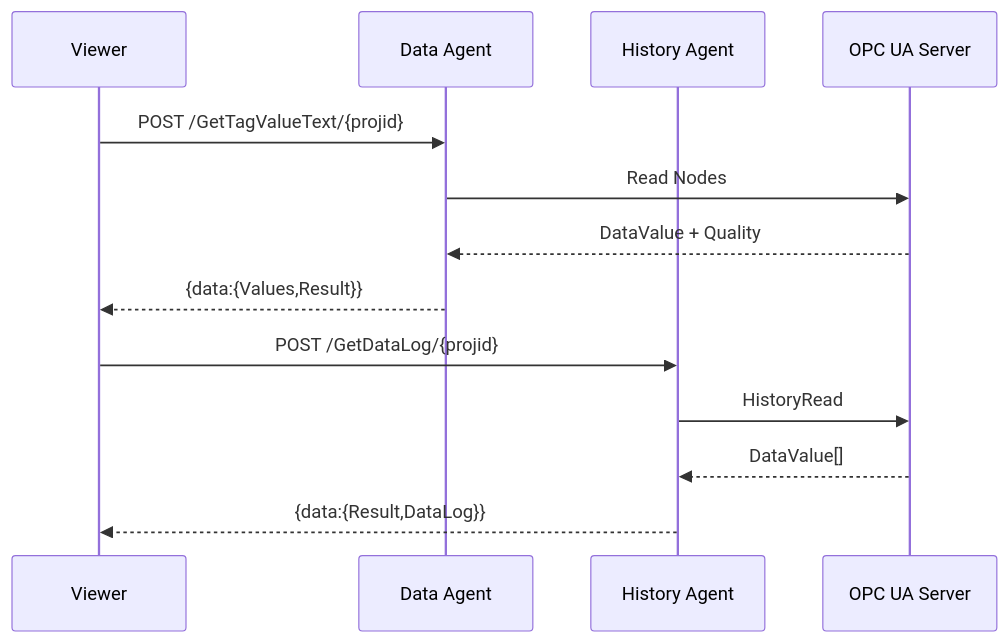
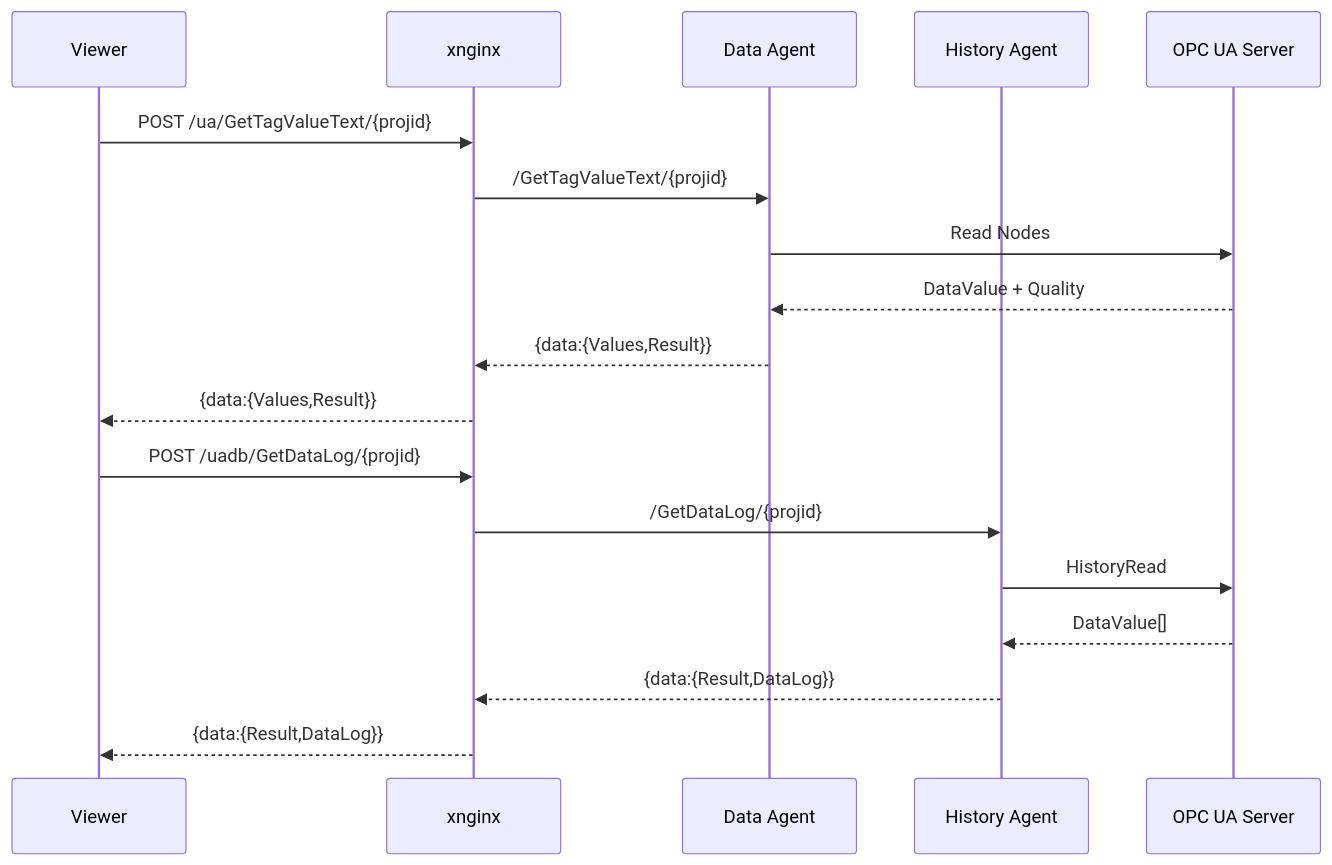
Before and after one commit to PochengChen-del/EdgeViewDoc: the eighth of 8 diagrams in SDS/02_System_Architecture.md, drawn with Mermaid. The commit also changed other lines of this file and 19 other files, not shown here.

````diff
--- a/SDS/02_System_Architecture.md
+++ b/SDS/02_System_Architecture.md
@@ -257,15 +294,20 @@
 ```mermaid
 sequenceDiagram
     participant V as Viewer
+    participant N as xnginx
     participant A as Data Agent
     participant H as History Agent
     participant U as OPC UA Server
-    V->>A: POST /GetTagValueText/{projid}
+    V->>N: POST /ua/GetTagValueText/{projid}
+    N->>A: /GetTagValueText/{projid}
     A->>U: Read Nodes
     U-->>A: DataValue + Quality
-    A-->>V: {data:{Values,Result}}
-    V->>H: POST /GetDataLog/{projid}
+    A-->>N: {data:{Values,Result}}
+    N-->>V: {data:{Values,Result}}
+    V->>N: POST /uadb/GetDataLog/{projid}
+    N->>H: /GetDataLog/{projid}
     H->>U: HistoryRead
     U-->>H: DataValue[]
-    H-->>V: {data:{Result,DataLog}}
+    H-->>N: {data:{Result,DataLog}}
+    N-->>V: {data:{Result,DataLog}}
 ```
````
